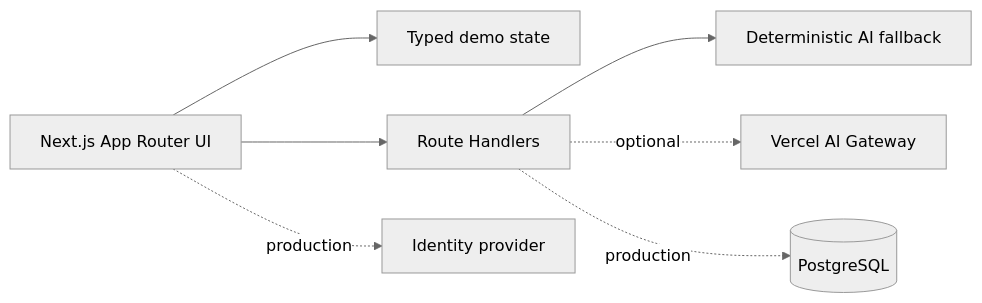
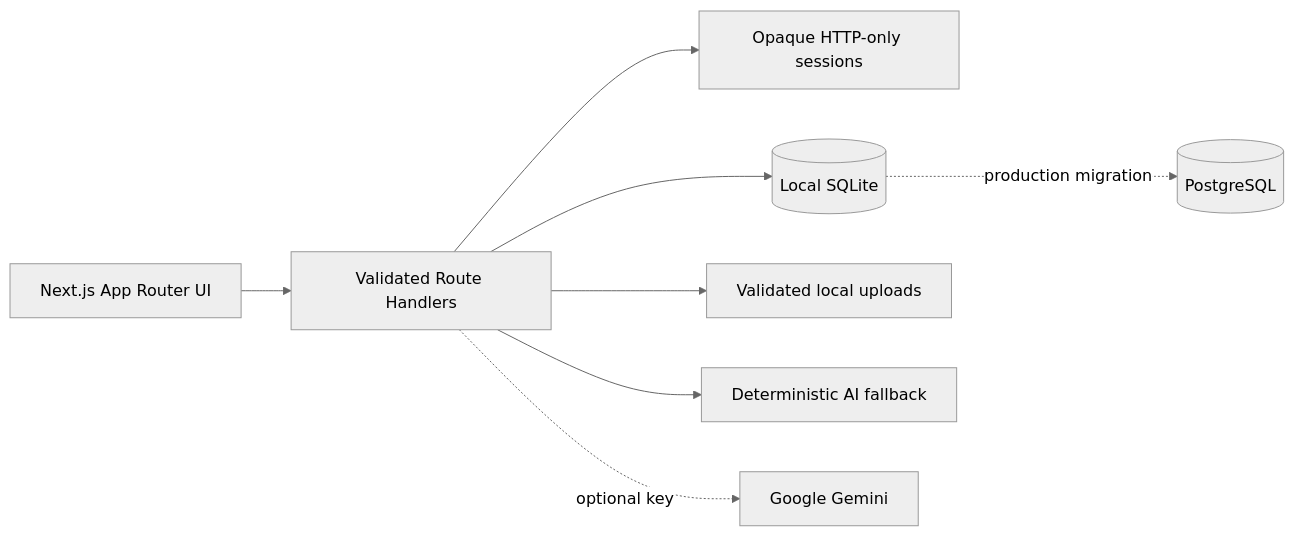
Before and after one commit to belayneh50/alkebulan-flow: the diagram in README.md, drawn with Mermaid (neutral theme). The commit also changed other lines of this file, not shown here.

Commit message:
docs: record verified local MVP continuation guide

````diff
--- a/README.md
+++ b/README.md
@@ -29,9 +29,10 @@
 ```mermaid
 flowchart LR
-  UI[Next.js App Router UI] --> State[Typed demo state]
-  UI --> API[Route Handlers]
+  UI[Next.js App Router UI] --> API[Validated Route Handlers]
+  API --> Auth[Opaque HTTP-only sessions]
+  API --> DB[(Local SQLite)]
+  API --> Files[Validated local uploads]
   API --> Fallback[Deterministic AI fallback]
-  API -. optional .-> Gateway[Vercel AI Gateway]
-  UI -. production .-> Auth[Identity provider]
-  API -. production .-> DB[(PostgreSQL)]
+  API -. optional key .-> Gemini[Google Gemini]
+  DB -. production migration .-> PG[(PostgreSQL)]
 ```
````
